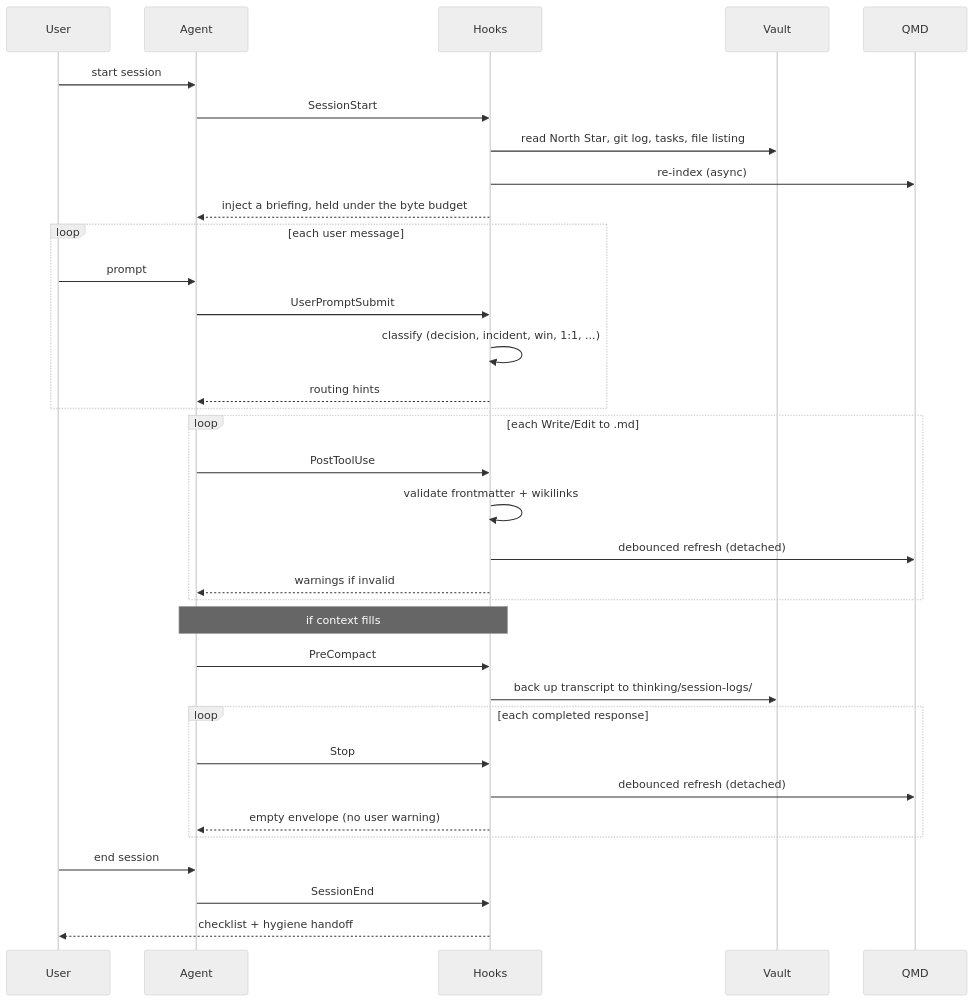
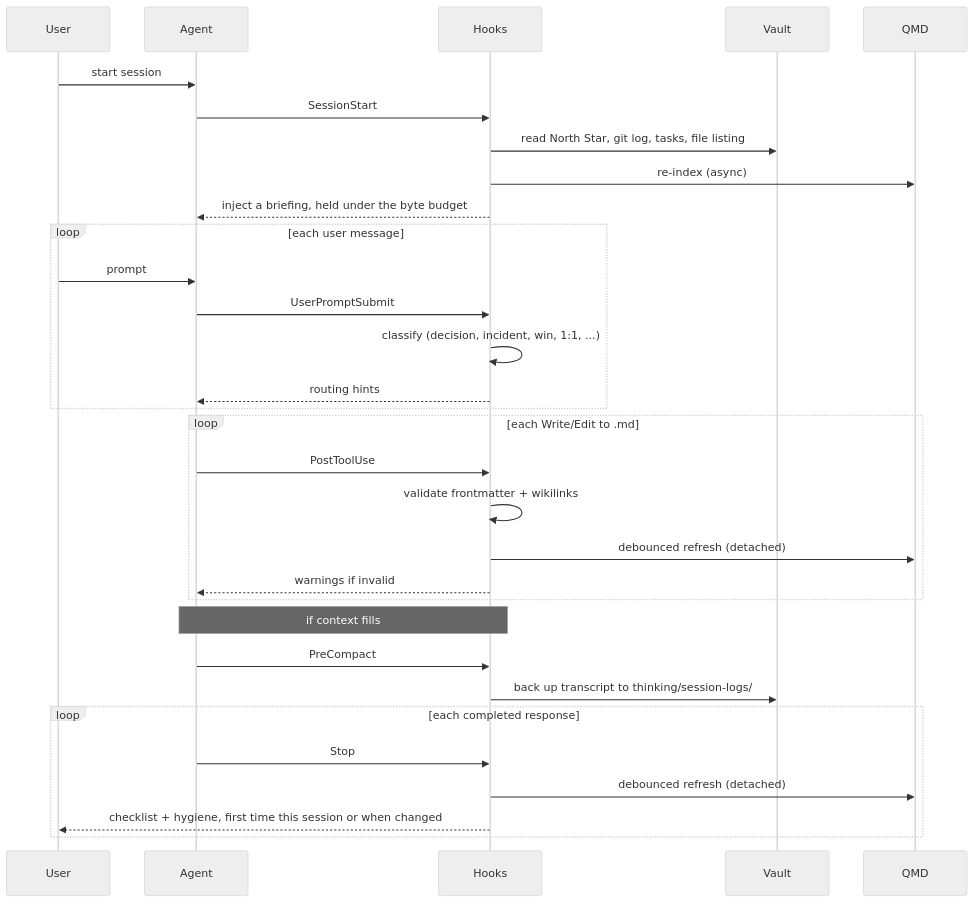
One commit to RRap0so/obsidian-mind changed the third of 21 diagrams in ARCHITECTURE.md. Above: the diagram before and after it, drawn with Mermaid (neutral theme). The commit also changed other lines of this file and 14 other files, not shown here.

````diff
--- a/ARCHITECTURE.md
+++ b/ARCHITECTURE.md
@@ -162,42 +162,38 @@
 ```mermaid
 sequenceDiagram
     participant User
     participant Agent
     participant Hooks
     participant Vault
     participant QMD
 
     User->>Agent: start session
     Agent->>Hooks: SessionStart
     Hooks->>Vault: read North Star, git log, tasks, file listing
     Hooks->>QMD: re-index (async)
     Hooks-->>Agent: inject a briefing, held under the byte budget
 
     loop each user message
         User->>Agent: prompt
         Agent->>Hooks: UserPromptSubmit
         Hooks->>Hooks: classify (decision, incident, win, 1:1, ...)
         Hooks-->>Agent: routing hints
     end
 
     loop each Write/Edit to .md
         Agent->>Hooks: PostToolUse
         Hooks->>Hooks: validate frontmatter + wikilinks
         Hooks->>QMD: debounced refresh (detached)
         Hooks-->>Agent: warnings if invalid
     end
 
     Note over Agent,Hooks: if context fills
     Agent->>Hooks: PreCompact
     Hooks->>Vault: back up transcript to thinking/session-logs/
 
     loop each completed response
         Agent->>Hooks: Stop
         Hooks->>QMD: debounced refresh (detached)
-        Hooks-->>Agent: empty envelope (no user warning)
+        Hooks-->>User: checklist + hygiene, first time this session or when changed
     end
-
-    User->>Agent: end session
-    Agent->>Hooks: SessionEnd
-    Hooks-->>User: checklist + hygiene handoff
 ```
````
